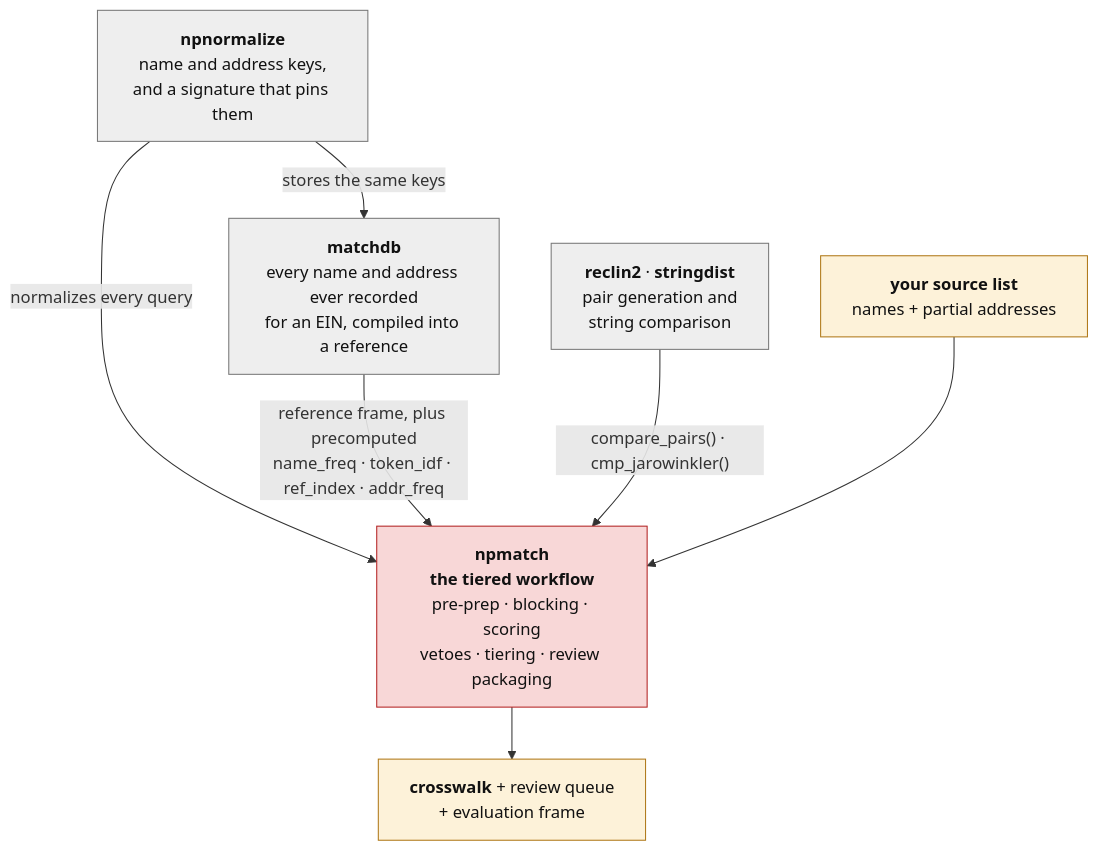
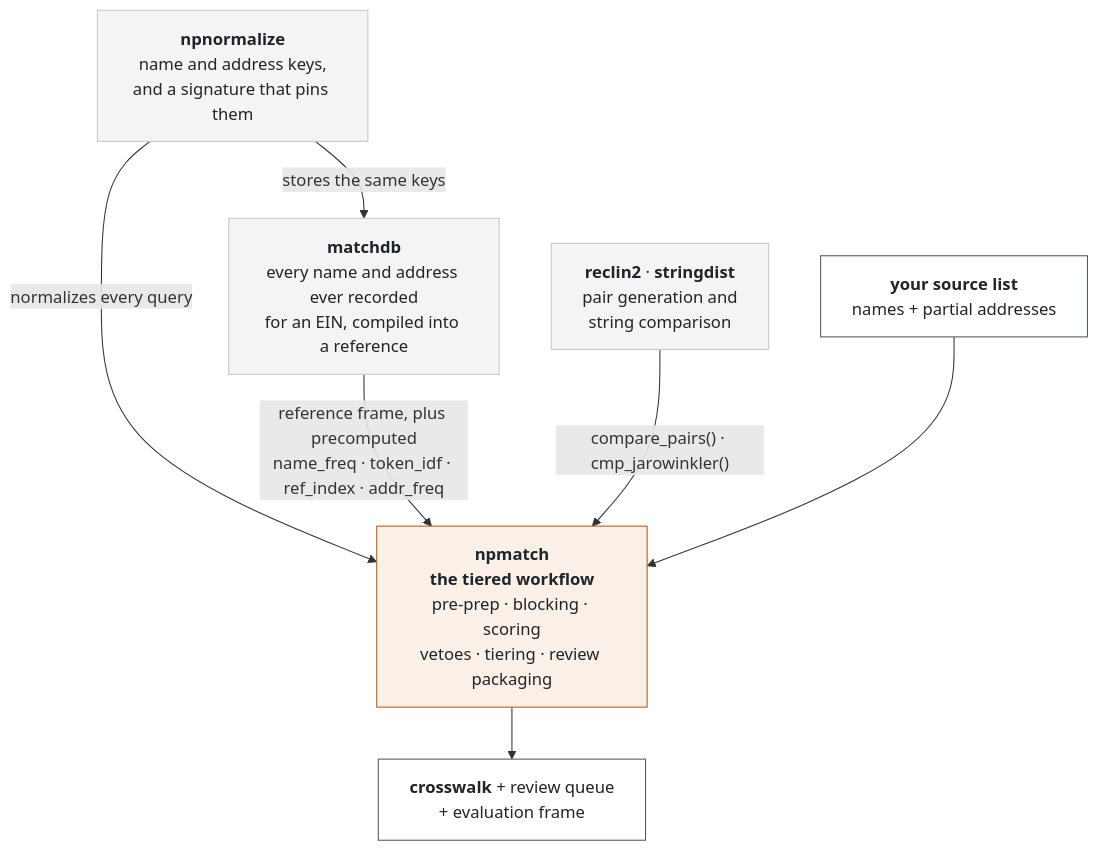
One commit to Nonprofit-Open-Data-Collective/npmatch changed the diagram in README.md. Above: the diagram before and after it, drawn with Mermaid. The commit also changed 9 other files, not shown here.

````diff
--- a/README.md
+++ b/README.md
@@ -23,23 +23,23 @@
 ```mermaid
 flowchart TD
     SRC["<b>your source list</b><br/>names + partial addresses"]
     NPN["<b>npnormalize</b><br/>name and address keys,<br/>and a signature that pins them"]
     MDB["<b>matchdb</b><br/>every name and address ever recorded<br/>for an EIN, compiled into a reference"]
     NPM["<b>npmatch</b><br/><b>the tiered workflow</b><br/>pre-prep · blocking · scoring<br/>vetoes · tiering · review packaging"]
     RC["<b>reclin2</b> · <b>stringdist</b><br/>pair generation and<br/>string comparison"]
     OUT["<b>crosswalk</b> + review queue<br/>+ evaluation frame"]
 
     NPN -->|"stores the same keys"| MDB
     NPN -->|"normalizes every query"| NPM
     MDB -->|"reference frame, plus precomputed<br/>name_freq · token_idf · ref_index · addr_freq"| NPM
     RC -->|"compare_pairs() · cmp_jarowinkler()"| NPM
     SRC --> NPM
     NPM --> OUT
 
-    classDef own fill:#f8d7d7,stroke:#B22222,color:#111;
-    classDef dep fill:#eeeeee,stroke:#777,color:#111;
-    classDef io fill:#fdf2d9,stroke:#AF7817,color:#111;
+    classDef own fill:#fbf0e7,stroke:#bd5416,color:#1f2429;
+    classDef dep fill:#f3f4f6,stroke:#c3c8cf,color:#1f2429;
+    classDef io fill:#ffffff,stroke:#4d565f,color:#1f2429;
     class NPM own;
     class NPN,MDB,RC dep;
     class SRC,OUT io;
 ```
````
